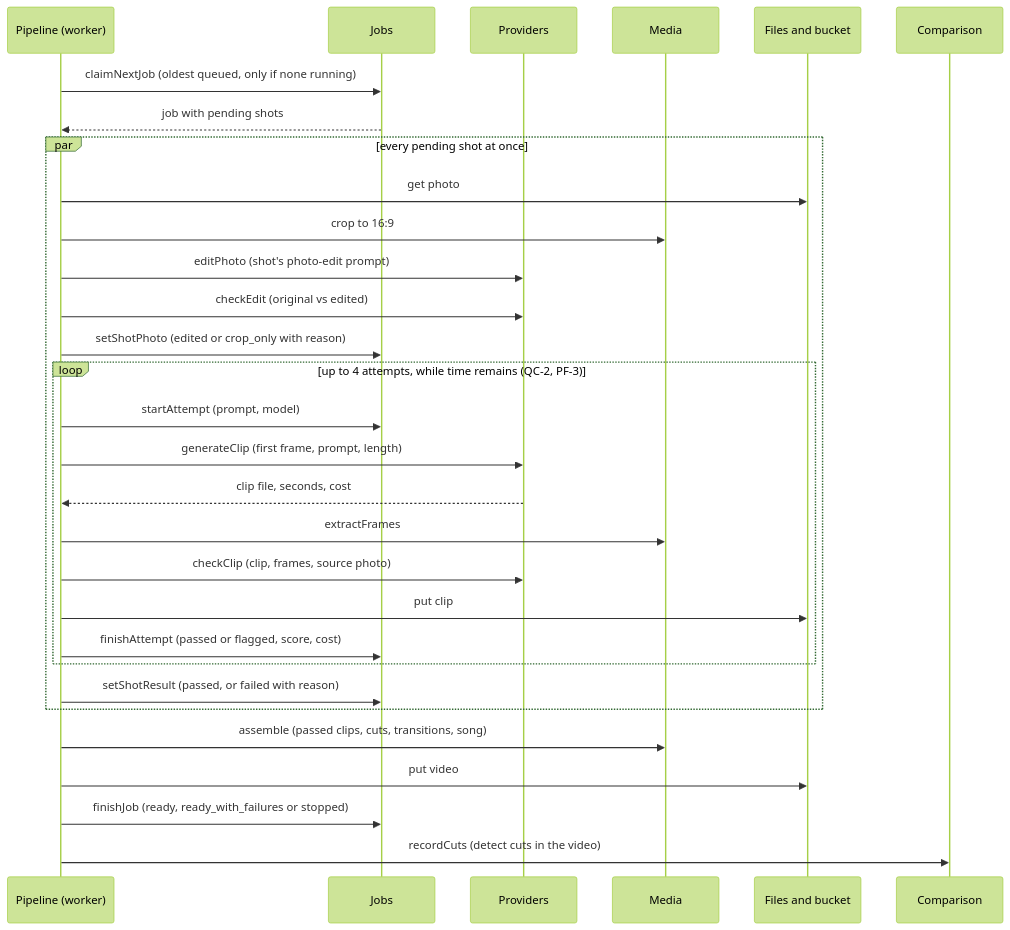
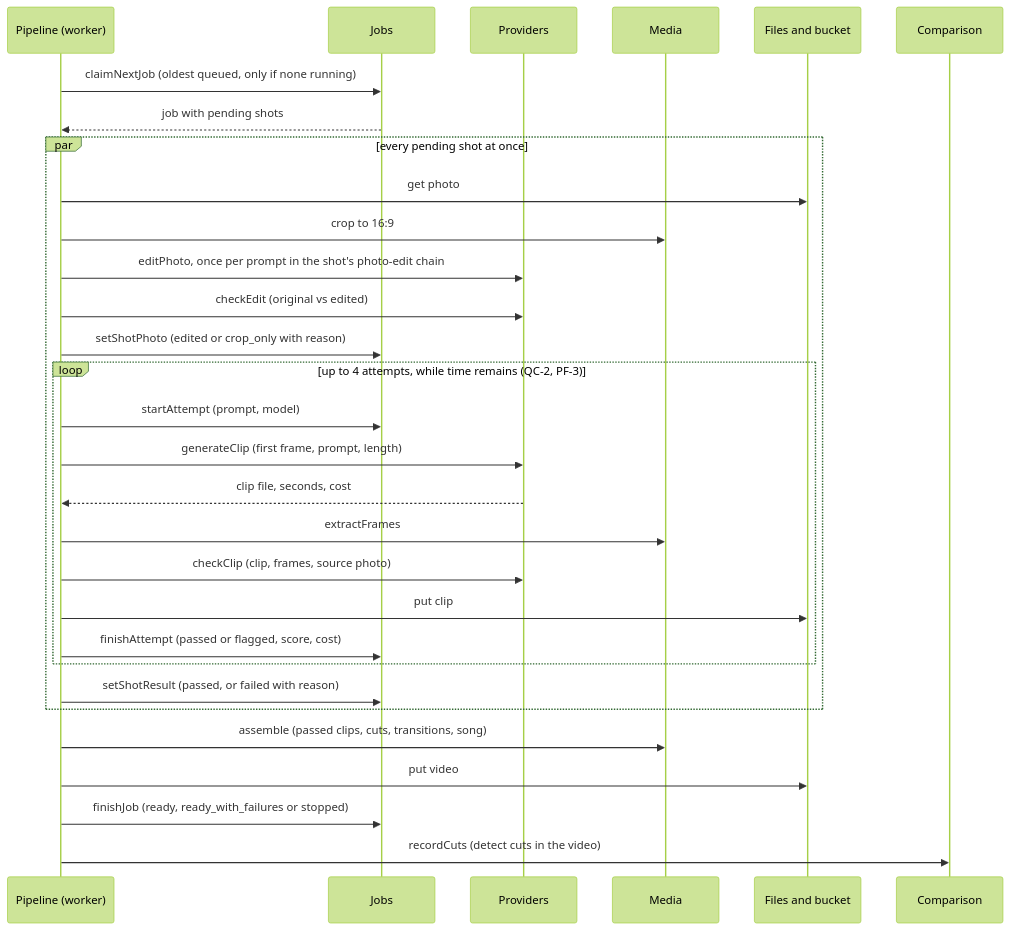
The third of 7 diagrams in docs/ARCHITECTURE.md (ThinkBuildMake/autohdr-photo-to-video), drawn with Mermaid (forest theme) before and after one commit. The commit also changed other lines of this file and 3 other files, not shown here.

First line of the commit message:
ARCHITECTURE.md: apply fresh review findings

````diff
--- a/docs/ARCHITECTURE.md
+++ b/docs/ARCHITECTURE.md
@@ -134,32 +144,32 @@
 ```mermaid
 sequenceDiagram
   participant W as Pipeline (worker)
   participant J as Jobs
   participant PR as Providers
   participant M as Media
   participant F as Files and bucket
   participant CMP as Comparison
   W->>J: claimNextJob (oldest queued, only if none running)
   J-->>W: job with pending shots
   par every pending shot at once
     W->>F: get photo
     W->>M: crop to 16:9
-    W->>PR: editPhoto (shot's photo-edit prompt)
+    W->>PR: editPhoto, once per prompt in the shot's photo-edit chain
     W->>PR: checkEdit (original vs edited)
     W->>J: setShotPhoto (edited or crop_only with reason)
     loop up to 4 attempts, while time remains (QC-2, PF-3)
       W->>J: startAttempt (prompt, model)
       W->>PR: generateClip (first frame, prompt, length)
       PR-->>W: clip file, seconds, cost
       W->>M: extractFrames
       W->>PR: checkClip (clip, frames, source photo)
       W->>F: put clip
       W->>J: finishAttempt (passed or flagged, score, cost)
     end
     W->>J: setShotResult (passed, or failed with reason)
   end
   W->>M: assemble (passed clips, cuts, transitions, song)
   W->>F: put video
   W->>J: finishJob (ready, ready_with_failures or stopped)
   W->>CMP: recordCuts (detect cuts in the video)
 ```
````
